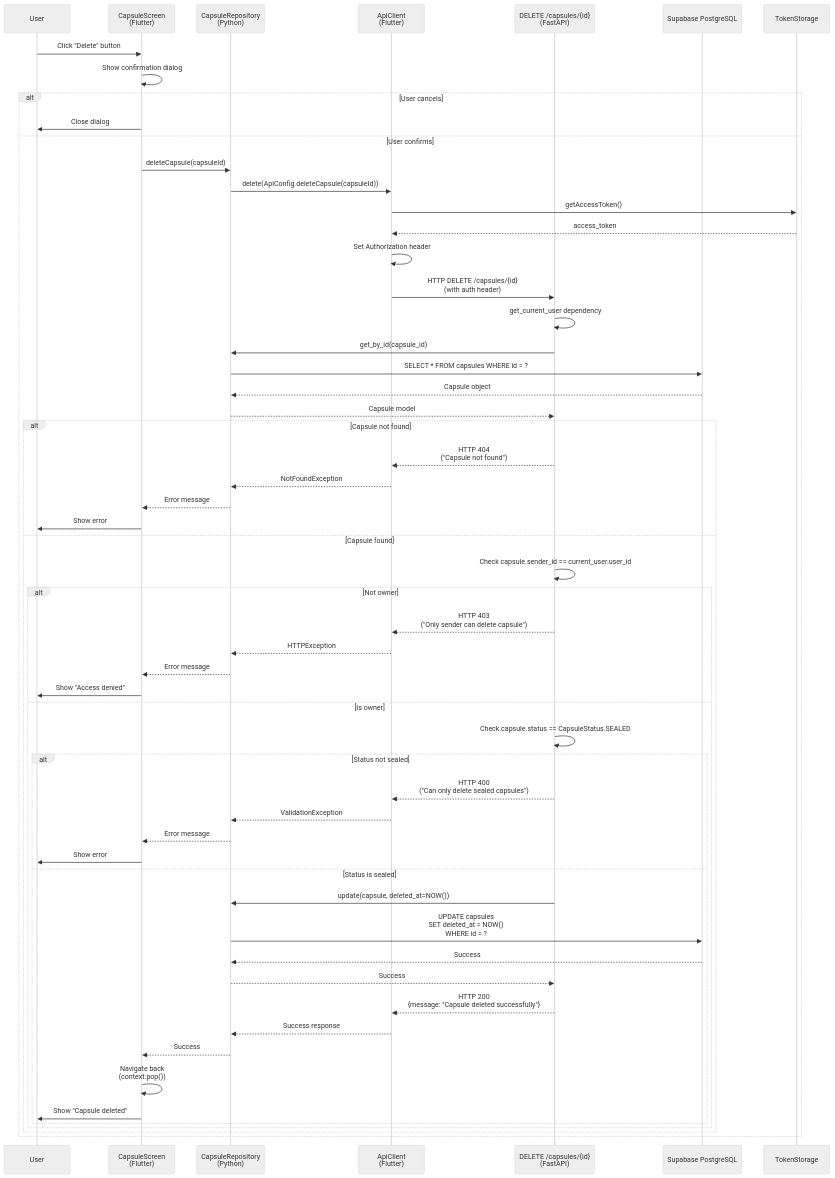
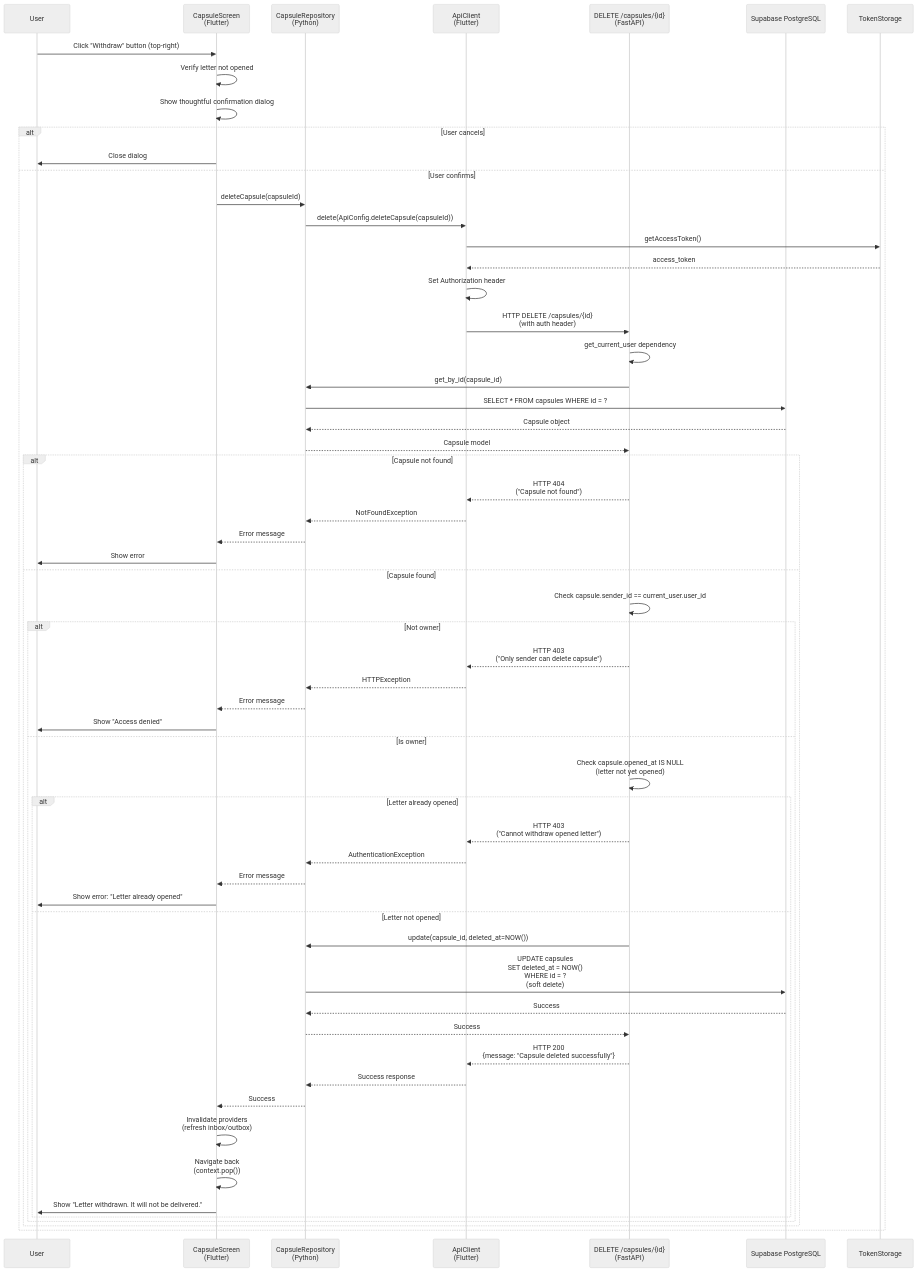
Before and after one commit to sunilkumarvuppala/open-on-app: the ninth of 25 diagrams in docs/SEQUENCE_DIAGRAMS.md, drawn with Mermaid (neutral theme). The commit also changed 10 other files, not shown here.

````diff
--- a/docs/SEQUENCE_DIAGRAMS.md
+++ b/docs/SEQUENCE_DIAGRAMS.md
@@ -831,67 +831,69 @@
 ```mermaid
 sequenceDiagram
     participant User
     participant CapsuleScreen as CapsuleScreen<br/>(Flutter)
     participant CapsuleRepo as ApiCapsuleRepository<br/>(Flutter)
     participant ApiClient as ApiClient<br/>(Flutter)
     participant CapsuleAPI as DELETE /capsules/{id}<br/>(FastAPI)
     participant CapsuleRepo as CapsuleRepository<br/>(Python)
     participant DB as Supabase PostgreSQL
 
-    User->>CapsuleScreen: Click "Delete" button
-    CapsuleScreen->>CapsuleScreen: Show confirmation dialog
+    User->>CapsuleScreen: Click "Withdraw" button (top-right)
+    CapsuleScreen->>CapsuleScreen: Verify letter not opened
+    CapsuleScreen->>CapsuleScreen: Show thoughtful confirmation dialog
     
     alt User cancels
         CapsuleScreen->>User: Close dialog
     else User confirms
         CapsuleScreen->>CapsuleRepo: deleteCapsule(capsuleId)
         CapsuleRepo->>ApiClient: delete(ApiConfig.deleteCapsule(capsuleId))
         ApiClient->>TokenStorage: getAccessToken()
         TokenStorage-->>ApiClient: access_token
         ApiClient->>ApiClient: Set Authorization header
         ApiClient->>CapsuleAPI: HTTP DELETE /capsules/{id}<br/>(with auth header)
         
         CapsuleAPI->>CapsuleAPI: get_current_user dependency
         CapsuleAPI->>CapsuleRepo: get_by_id(capsule_id)
         CapsuleRepo->>DB: SELECT * FROM capsules WHERE id = ?
         DB-->>CapsuleRepo: Capsule object
         CapsuleRepo-->>CapsuleAPI: Capsule model
         
         alt Capsule not found
             CapsuleAPI-->>ApiClient: HTTP 404<br/>("Capsule not found")
             ApiClient-->>CapsuleRepo: NotFoundException
             CapsuleRepo-->>CapsuleScreen: Error message
             CapsuleScreen->>User: Show error
         else Capsule found
             CapsuleAPI->>CapsuleAPI: Check capsule.sender_id == current_user.user_id
             
             alt Not owner
                 CapsuleAPI-->>ApiClient: HTTP 403<br/>("Only sender can delete capsule")
                 ApiClient-->>CapsuleRepo: HTTPException
                 CapsuleRepo-->>CapsuleScreen: Error message
                 CapsuleScreen->>User: Show "Access denied"
             else Is owner
-                CapsuleAPI->>CapsuleAPI: Check capsule.status == CapsuleStatus.SEALED
+                CapsuleAPI->>CapsuleAPI: Check capsule.opened_at IS NULL<br/>(letter not yet opened)
                 
-                alt Status not sealed
-                    CapsuleAPI-->>ApiClient: HTTP 400<br/>("Can only delete sealed capsules")
-                    ApiClient-->>CapsuleRepo: ValidationException
+                alt Letter already opened
+                    CapsuleAPI-->>ApiClient: HTTP 403<br/>("Cannot withdraw opened letter")
+                    ApiClient-->>CapsuleRepo: AuthenticationException
                     CapsuleRepo-->>CapsuleScreen: Error message
-                    CapsuleScreen->>User: Show error
-                else Status is sealed
-                    CapsuleAPI->>CapsuleRepo: update(capsule, deleted_at=NOW())
-                    CapsuleRepo->>DB: UPDATE capsules<br/>SET deleted_at = NOW()<br/>WHERE id = ?
+                    CapsuleScreen->>User: Show error: "Letter already opened"
+                else Letter not opened
+                    CapsuleAPI->>CapsuleRepo: update(capsule_id, deleted_at=NOW())
+                    CapsuleRepo->>DB: UPDATE capsules<br/>SET deleted_at = NOW()<br/>WHERE id = ?<br/>(soft delete)
                     DB-->>CapsuleRepo: Success
                     CapsuleRepo-->>CapsuleAPI: Success
                     
                     CapsuleAPI-->>ApiClient: HTTP 200<br/>{message: "Capsule deleted successfully"}
                     
                     ApiClient-->>CapsuleRepo: Success response
                     CapsuleRepo-->>CapsuleScreen: Success
+                    CapsuleScreen->>CapsuleScreen: Invalidate providers<br/>(refresh inbox/outbox)
                     CapsuleScreen->>CapsuleScreen: Navigate back<br/>(context.pop())
-                    CapsuleScreen->>User: Show "Capsule deleted"
+                    CapsuleScreen->>User: Show "Letter withdrawn. It will not be delivered."
                 end
             end
         end
     end
 ```
````
